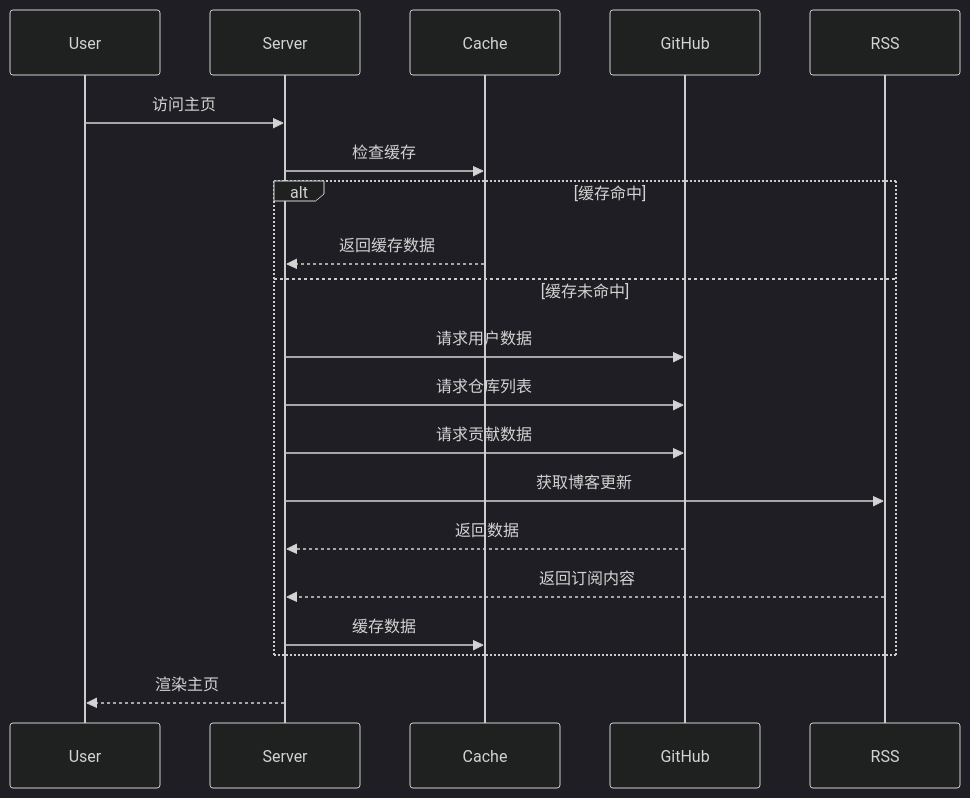
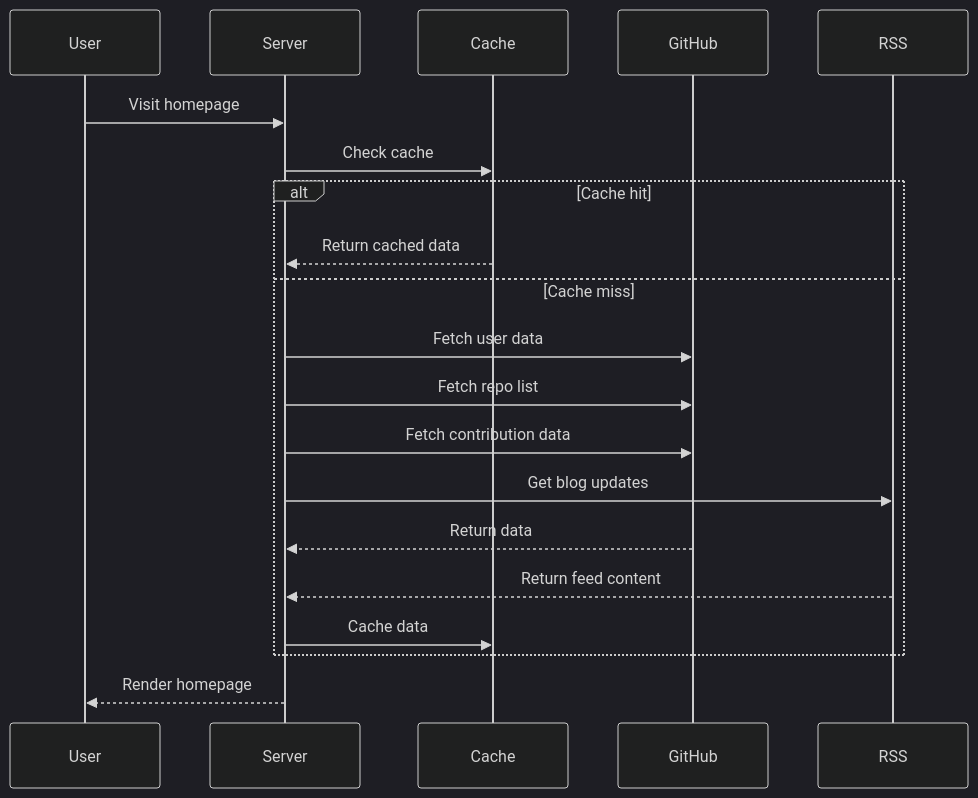
The second of 4 diagrams in README.md (none-ai/openhome), drawn with Mermaid (dark theme) before and after one commit. The commit also changed other lines of this file and 2 other files, not shown here.

````diff
--- a/README.md
+++ b/README.md
@@ -81,23 +82,23 @@
 ```mermaid
 sequenceDiagram
     participant User
     participant Server
     participant Cache
     participant GitHub
     participant RSS
     
-    User->>Server: 访问主页
-    Server->>Cache: 检查缓存
-    alt 缓存命中
-        Cache-->>Server: 返回缓存数据
-    else 缓存未命中
-        Server->>GitHub: 请求用户数据
-        Server->>GitHub: 请求仓库列表
-        Server->>GitHub: 请求贡献数据
-        Server->>RSS: 获取博客更新
-        GitHub-->>Server: 返回数据
-        RSS-->>Server: 返回订阅内容
-        Server->>Cache: 缓存数据
+    User->>Server: Visit homepage
+    Server->>Cache: Check cache
+    alt Cache hit
+        Cache-->>Server: Return cached data
+    else Cache miss
+        Server->>GitHub: Fetch user data
+        Server->>GitHub: Fetch repo list
+        Server->>GitHub: Fetch contribution data
+        Server->>RSS: Get blog updates
+        GitHub-->>Server: Return data
+        RSS-->>Server: Return feed content
+        Server->>Cache: Cache data
     end
-    Server-->>User: 渲染主页
+    Server-->>User: Render homepage
 ```
````
